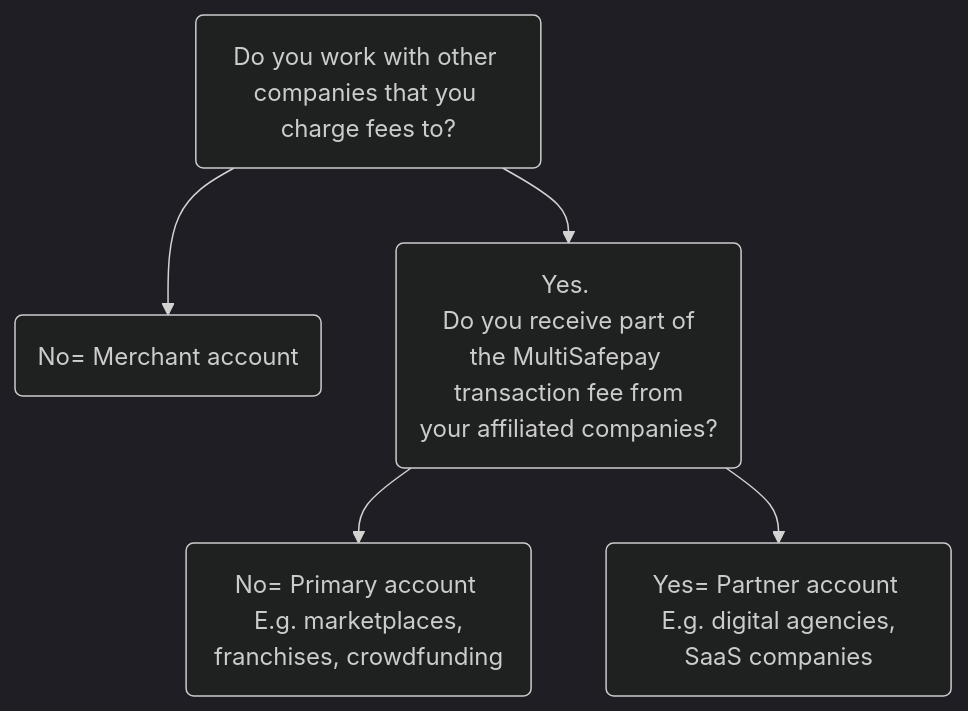
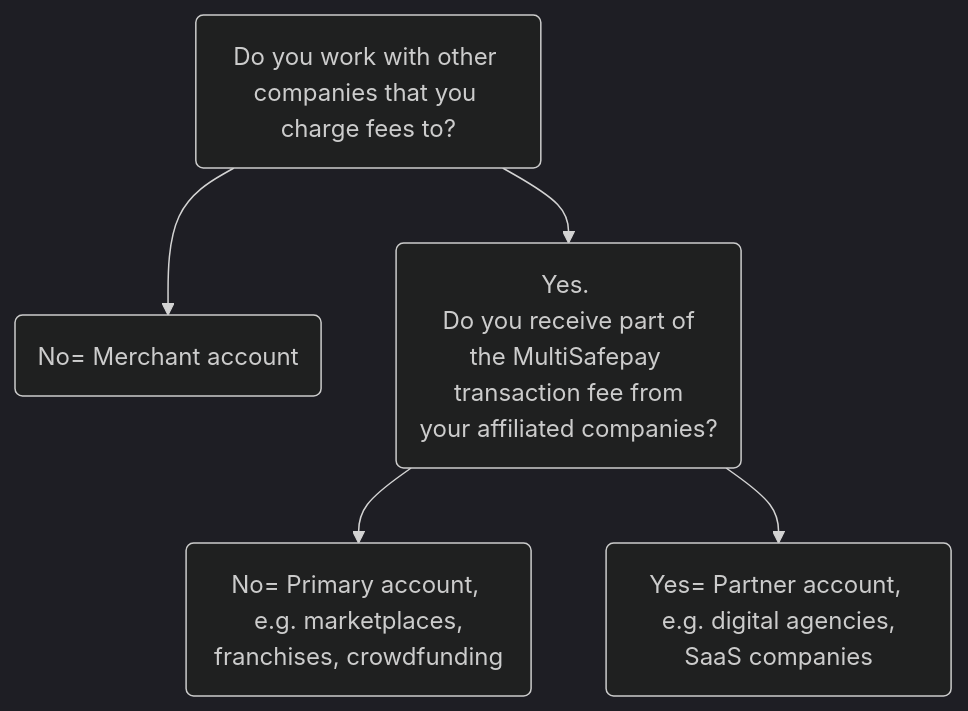
Before and after one commit to MultiSafepay/docs: the diagram in content/my-account/create-account/_index.md, drawn with Mermaid (dark theme). The commit also changed other lines of this file and 7 other files, not shown here.

```diff
--- a/content/my-account/create-account/_index.md
+++ b/content/my-account/create-account/_index.md
@@ -16,10 +22,10 @@
 {{< mermaid class="text-center" >}}
 
 flowchart TD
     id1(Do you work with other companies that you charge fees to?)--> id2 & id3
     id2(No= Merchant account)
     id3(Yes. <br> Do you receive part of the MultiSafepay <br> transaction fee from your affiliated companies?)--> id4 & id5
-    id4(No= Primary account <br> E.g. marketplaces, franchises, crowdfunding)
-    id5(Yes= Partner account <br> E.g. digital agencies, SaaS companies)
+    id4(No= Primary account, <br> e.g. marketplaces, franchises, crowdfunding)
+    id5(Yes= Partner account, <br> e.g. digital agencies, SaaS companies)
 
 {{< /mermaid >}}
```
